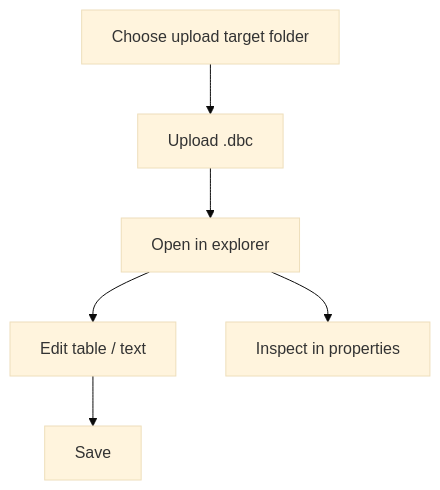
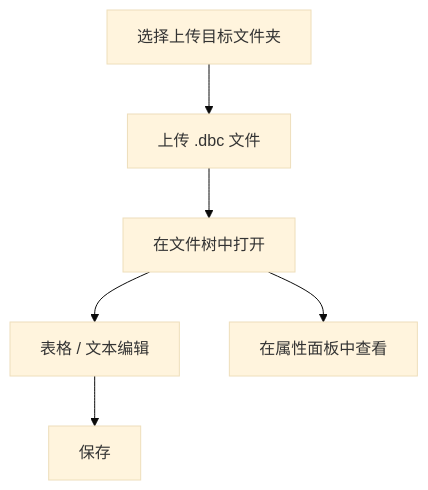
The second of 2 diagrams in README.md (HestiaLab/DbcView), drawn with Mermaid (base theme) before and after one commit. The commit also changed other lines of this file and 6 other files, not shown here.

````diff
--- a/README.md
+++ b/README.md
@@ -79,8 +89,8 @@
 ```mermaid
 flowchart TD
-    UP[Choose upload target folder] --> SEL[Upload .dbc]
-    SEL --> OPEN[Open in explorer]
-    OPEN --> EDT[Edit table / text]
-    EDT --> SAV[Save]
-    OPEN --> PRP[Inspect in properties]
+    UP[选择上传目标文件夹] --> SEL[上传 .dbc 文件]
+    SEL --> OPEN[在文件树中打开]
+    OPEN --> EDT[表格 / 文本编辑]
+    EDT --> SAV[保存]
+    OPEN --> PRP[在属性面板中查看]
 ```
````
